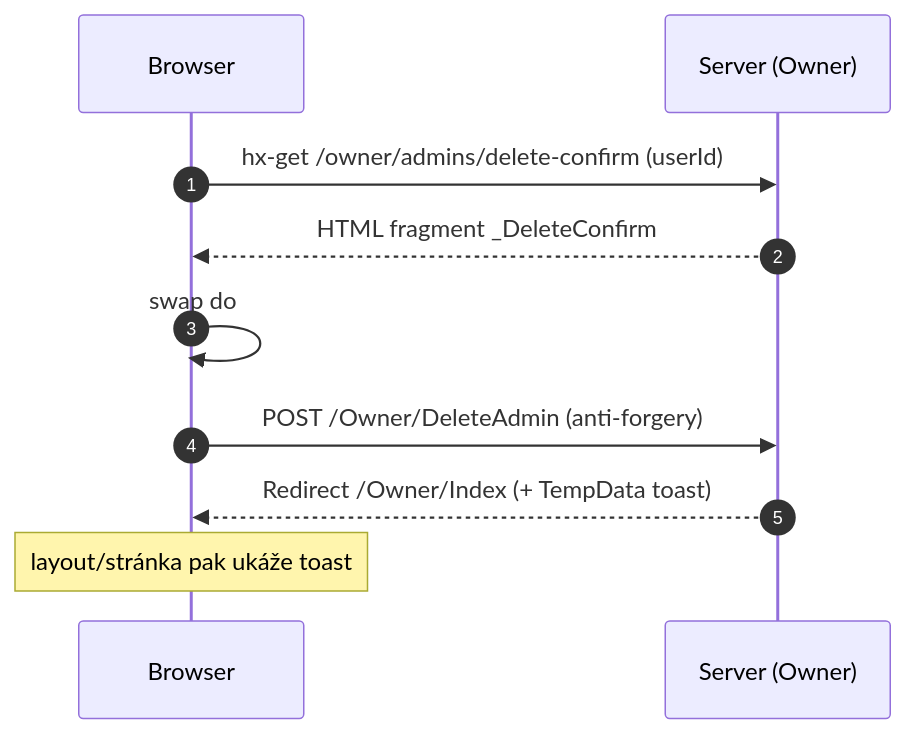
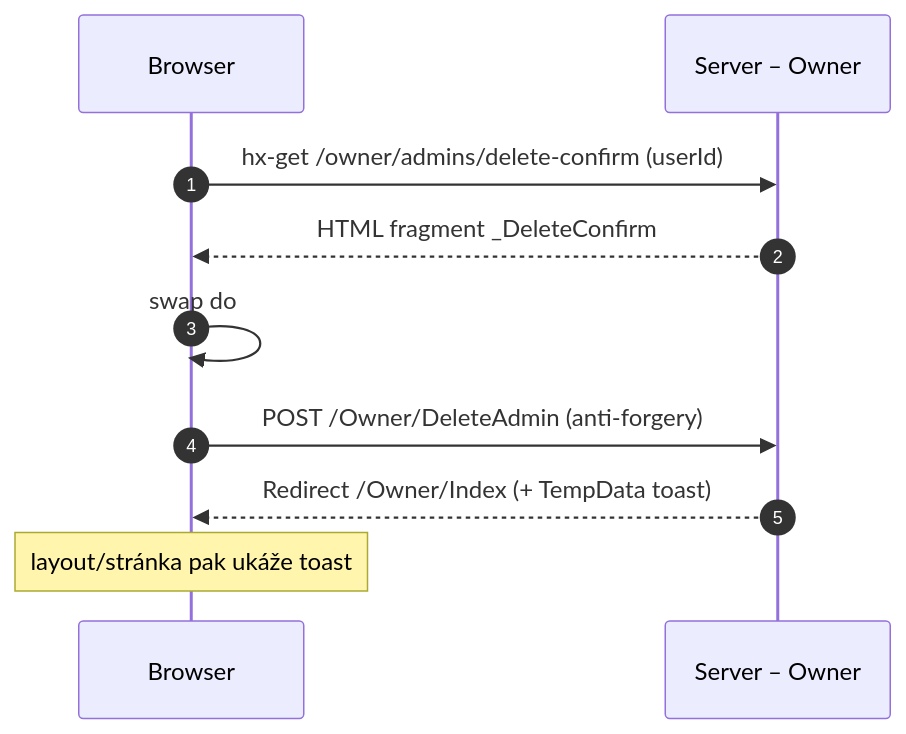
The tenth of 10 diagrams in docs/princip-a-pouziti-aplikace.md (Rsm77/DigitalniProdukty), drawn with Mermaid before and after one commit. The commit also changed other lines of this file and 1 other file, not shown here.

Commit message:
docs: fix Mermaid labels for GitHub

````diff
--- a/docs/princip-a-pouziti-aplikace.md
+++ b/docs/princip-a-pouziti-aplikace.md
@@ -238,14 +238,14 @@
 ```mermaid
 sequenceDiagram
   autonumber
   participant B as Browser
-  participant S as Server (Owner)
+  participant S as Server – Owner
 
   B->>S: hx-get /owner/admins/delete-confirm (userId)
   S-->>B: HTML fragment _DeleteConfirm
   B->>B: swap do #owner-modal (overlay)
 
   B->>S: POST /Owner/DeleteAdmin (anti-forgery)
   S-->>B: Redirect /Owner/Index (+ TempData toast)
   Note over B: layout/stránka pak ukáže toast
 ```
````
